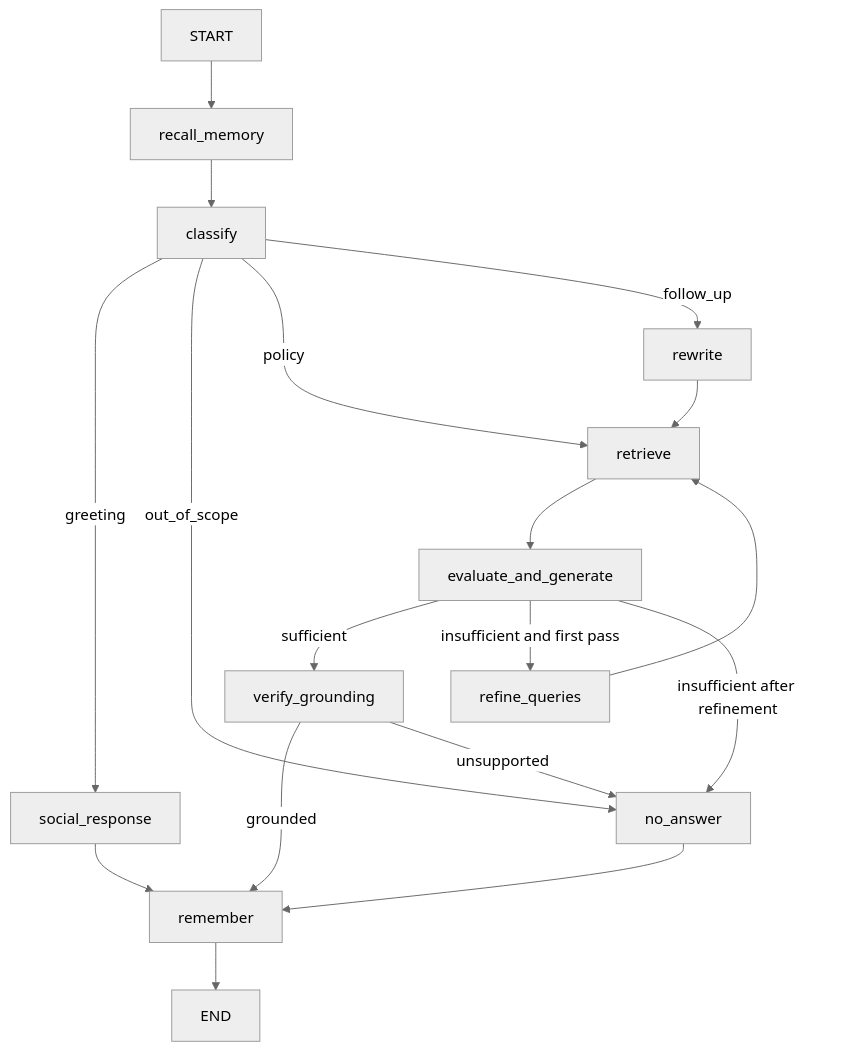
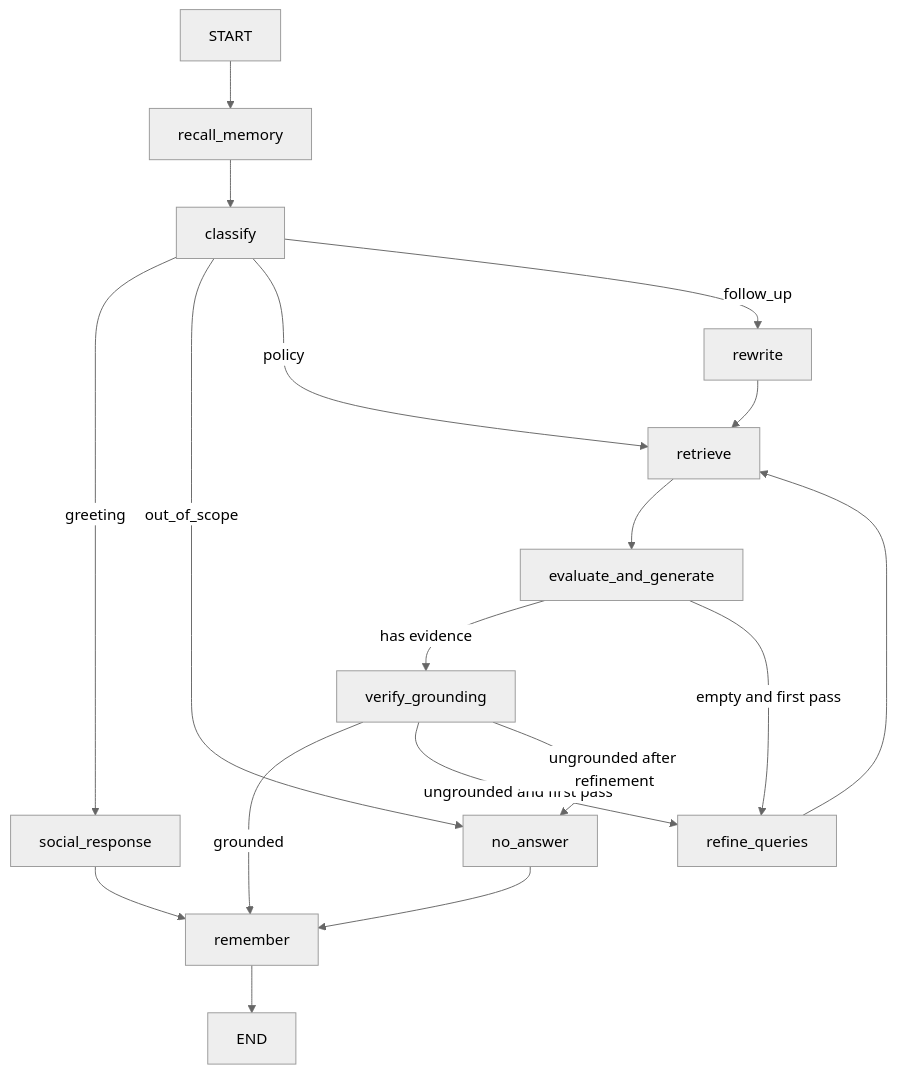
Before and after one commit to mmm1949/policy_chatbot: the second of 2 diagrams in BACKEND_ARCHITECTURE.md, drawn with Mermaid (neutral theme). The commit also changed other lines of this file and 17 other files, not shown here.

````diff
--- a/BACKEND_ARCHITECTURE.md
+++ b/BACKEND_ARCHITECTURE.md
@@ -101,19 +108,19 @@
 ```mermaid
 flowchart TD
     START --> recall_memory --> classify
     classify -->|greeting| social_response
     classify -->|out_of_scope| no_answer
     classify -->|policy| retrieve
     classify -->|follow_up| rewrite
     rewrite --> retrieve
     retrieve --> evaluate_and_generate
-    evaluate_and_generate -->|sufficient| verify_grounding
-    evaluate_and_generate -->|insufficient and first pass| refine_queries
+    evaluate_and_generate -->|has evidence| verify_grounding
+    evaluate_and_generate -->|empty and first pass| refine_queries
     refine_queries --> retrieve
-    evaluate_and_generate -->|insufficient after refinement| no_answer
     verify_grounding -->|grounded| remember
-    verify_grounding -->|unsupported| no_answer
+    verify_grounding -->|ungrounded and first pass| refine_queries
+    verify_grounding -->|ungrounded after refinement| no_answer
     social_response --> remember
     no_answer --> remember
     remember --> END
 ```
````
